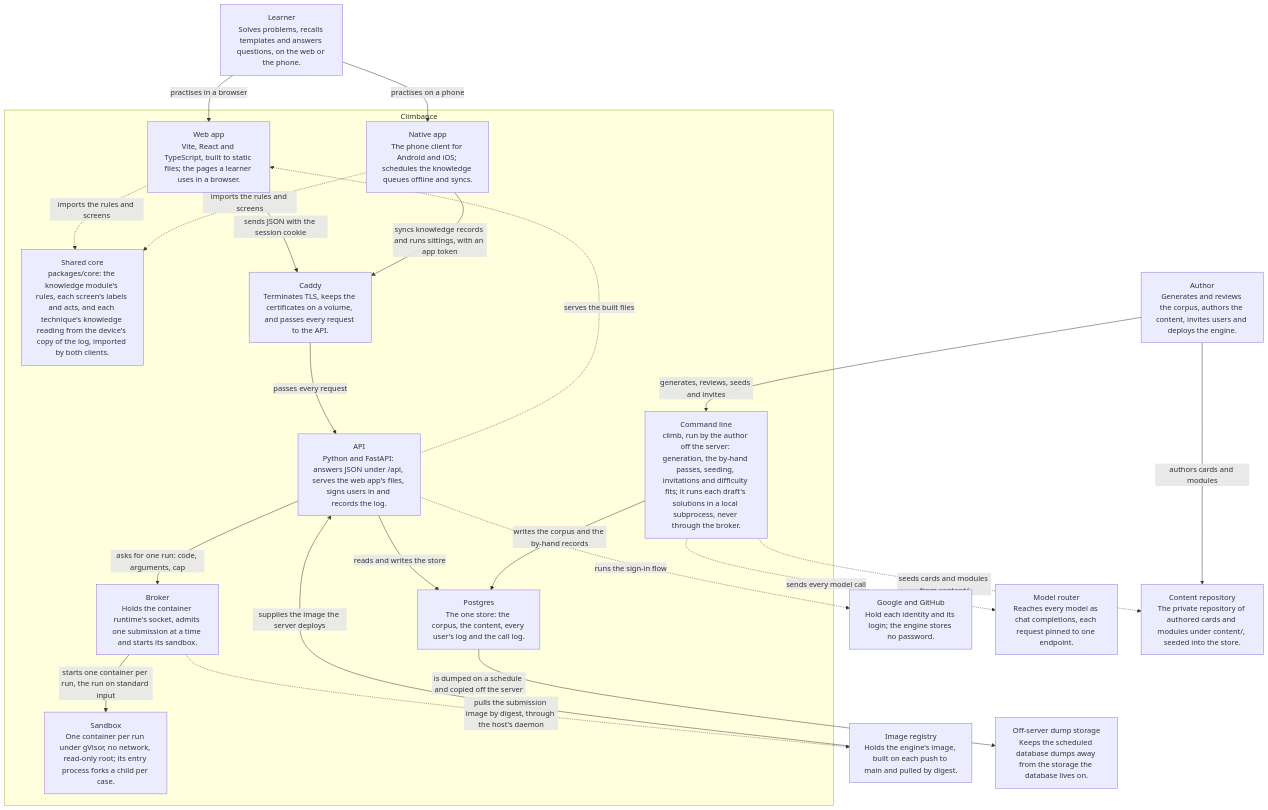
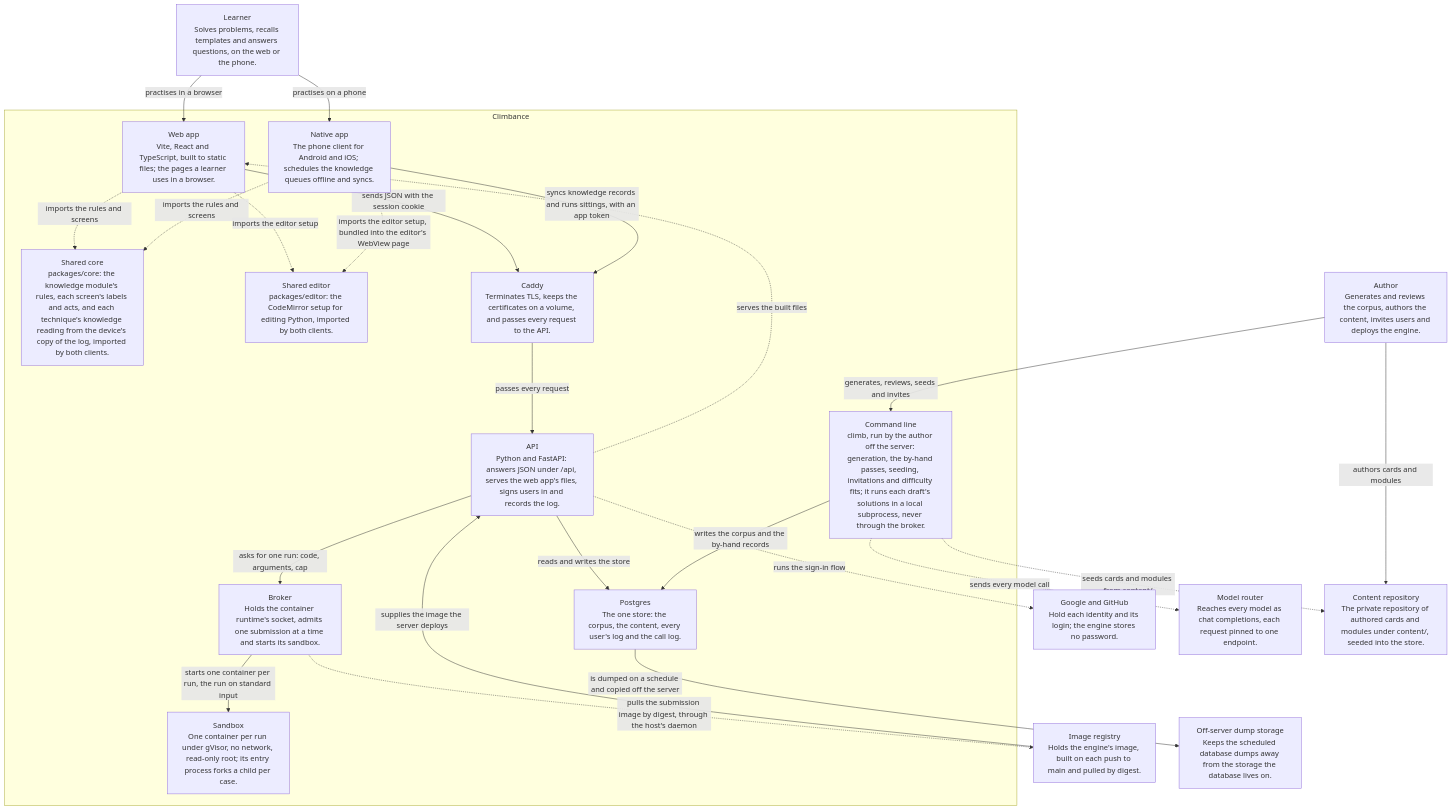
The second of 4 diagrams in docs/architecture/README.md (climbance/climbance), drawn with Mermaid before and after one commit. The commit also changed other lines of this file and 2 other files, not shown here.

Commit message:
docs: add the shared editor as a library
Both clients edit Python through packages/editor, and the model did not
name it. One setup keeps a sitting typed on the phone behaving as one
typed on the web.

````diff
--- a/docs/architecture/README.md
+++ b/docs/architecture/README.md
@@ -38,41 +38,44 @@
 ```mermaid
 flowchart TB
     learner["Learner<br/>Solves problems, recalls templates and answers questions, on the web or the phone."]
     author["Author<br/>Generates and reviews the corpus, authors the content, invites users and deploys the engine."]
     identity_providers["Google and GitHub<br/>Hold each identity and its login; the engine stores no password."]
     model_router["Model router<br/>Reaches every model as chat completions, each request pinned to one endpoint."]
     content_repo["Content repository<br/>The private repository of authored cards and modules under content/, seeded into the store."]
     image_registry["Image registry<br/>Holds the engine's image, built on each push to main and pulled by digest."]
     offsite_dumps["Off-server dump storage<br/>Keeps the scheduled database dumps away from the storage the database lives on."]
     subgraph engine["Climbance"]
         web_app["Web app<br/>Vite, React and TypeScript, built to static files; the pages a learner uses in a browser."]
         native_app["Native app<br/>The phone client for Android and iOS; schedules the knowledge queues offline and syncs."]
         core_package["Shared core<br/>packages/core: the knowledge module's rules, each screen's labels and acts, and each technique's knowledge reading from the device's copy of the log, imported by both clients."]
+        shared_editor["Shared editor<br/>packages/editor: the CodeMirror setup for editing Python, imported by both clients."]
         proxy["Caddy<br/>Terminates TLS, keeps the certificates on a volume, and passes every request to the API."]
         api["API<br/>Python and FastAPI: answers JSON under /api, serves the web app's files, signs users in and records the log."]
         broker["Broker<br/>Holds the container runtime's socket, admits one submission at a time and starts its sandbox."]
         sandbox["Sandbox<br/>One container per run under gVisor, no network, read-only root; its entry process forks a child per case."]
         database["Postgres<br/>The one store: the corpus, the content, every user's log and the call log."]
         cli["Command line<br/>climb, run by the author off the server: generation, the by-hand passes, seeding, invitations and difficulty fits; it runs each draft's solutions in a local subprocess, never through the broker."]
     end
     learner -->|"practises in a browser"| web_app
     learner -->|"practises on a phone"| native_app
     author -->|"generates, reviews, seeds and invites"| cli
     author -->|"authors cards and modules"| content_repo
     web_app -.->|"imports the rules and screens"| core_package
     native_app -.->|"imports the rules and screens"| core_package
+    web_app -.->|"imports the editor setup"| shared_editor
+    native_app -.->|"imports the editor setup, bundled into the editor's WebView page"| shared_editor
     web_app -->|"sends JSON with the session cookie"| proxy
     native_app -->|"syncs knowledge records and runs sittings, with an app token"| proxy
     proxy -->|"passes every request"| api
     api -.->|"serves the built files"| web_app
     api -.->|"runs the sign-in flow"| identity_providers
     api -->|"reads and writes the store"| database
     api -->|"asks for one run: code, arguments, cap"| broker
     broker -->|"starts one container per run, the run on standard input"| sandbox
     broker -.->|"pulls the submission image by digest, through the host's daemon"| image_registry
     cli -.->|"sends every model call"| model_router
     cli -->|"writes the corpus and the by-hand records"| database
     cli -.->|"seeds cards and modules from content/"| content_repo
     image_registry -->|"supplies the image the server deploys"| api
     database -->|"is dumped on a schedule and copied off the server"| offsite_dumps
 ```
````
